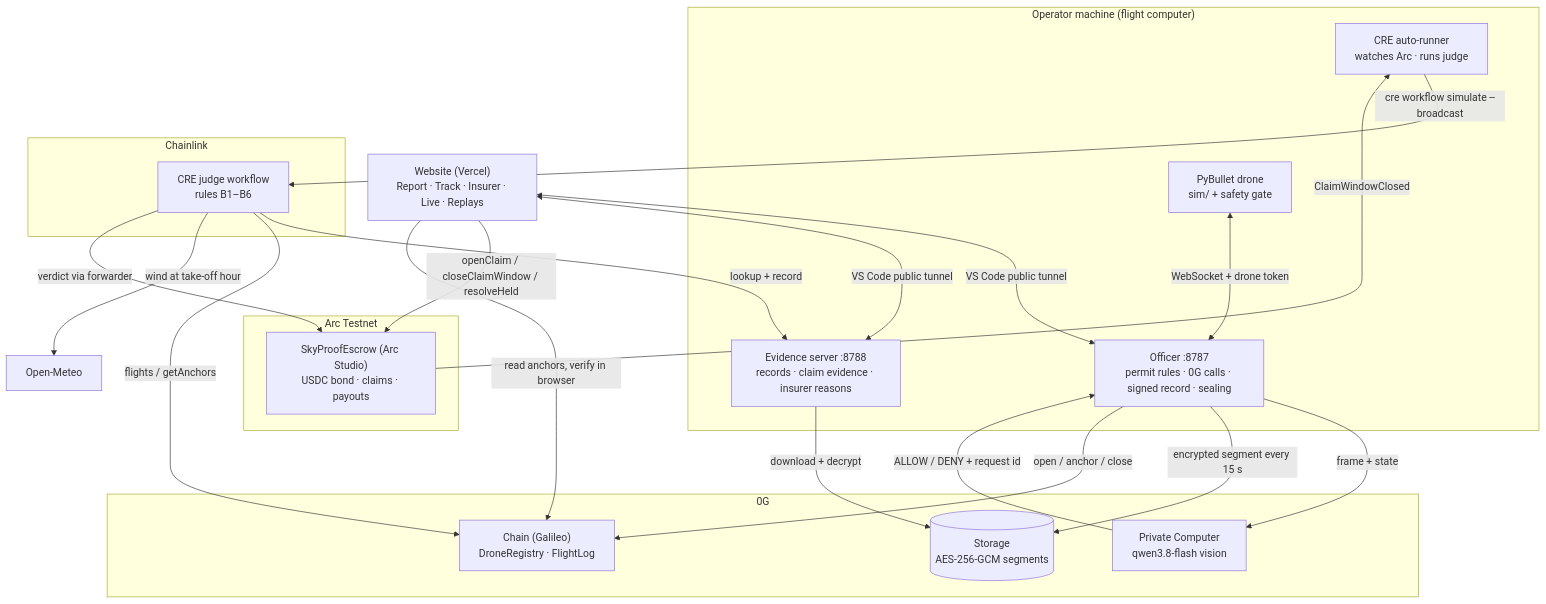
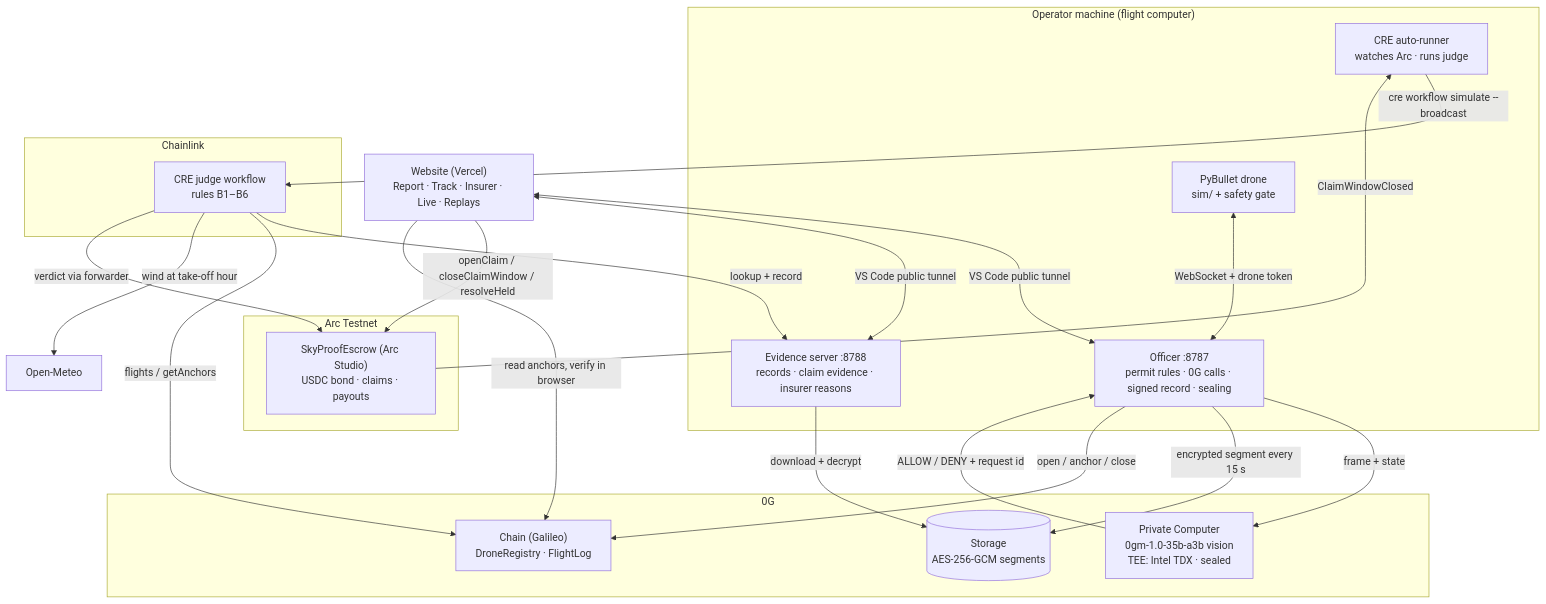
The first of 3 diagrams in docs/Architecture.md (mithileshofficial06/skyproof), drawn with Mermaid before and after one commit. The commit also changed other lines of this file and 39 other files, not shown here.

First line of the commit message:
0G TEE: decisions on a TEE-attested model (Intel TDX, dstack) over a sealed channel

````diff
--- a/docs/Architecture.md
+++ b/docs/Architecture.md
@@ -7,39 +7,39 @@
 ```mermaid
 flowchart TB
   subgraph Laptop["Operator machine (flight computer)"]
     SIM["PyBullet drone<br/>sim/ + safety gate"]
     OFF["Officer :8787<br/>permit rules · 0G calls · signed record · sealing"]
     EV["Evidence server :8788<br/>records · claim evidence · insurer reasons"]
     RUN["CRE auto-runner<br/>watches Arc · runs judge"]
   end
   subgraph ZG["0G"]
-    PC["Private Computer<br/>qwen3.8-flash vision"]
+    PC["Private Computer<br/>0gm-1.0-35b-a3b vision<br/>TEE: Intel TDX · sealed"]
     ST[("Storage<br/>AES-256-GCM segments")]
     CH["Chain (Galileo)<br/>DroneRegistry · FlightLog"]
   end
   subgraph CL["Chainlink"]
     CRE["CRE judge workflow<br/>rules B1–B6"]
   end
   subgraph ARC["Arc Testnet"]
     ESC["SkyProofEscrow (Arc Studio)<br/>USDC bond · claims · payouts"]
   end
   WEB["Website (Vercel)<br/>Report · Track · Insurer · Live · Replays"]
   OM["Open-Meteo"]
 
   SIM <-->|WebSocket + drone token| OFF
   OFF -->|frame + state| PC
   PC -->|ALLOW / DENY + request id| OFF
   OFF -->|encrypted segment every 15 s| ST
   OFF -->|open / anchor / close| CH
   WEB <-->|VS Code public tunnel| OFF
   WEB <-->|VS Code public tunnel| EV
   WEB -->|openClaim / closeClaimWindow / resolveHeld| ESC
   WEB -->|read anchors, verify in browser| CH
   ESC -->|ClaimWindowClosed| RUN
   RUN -->|cre workflow simulate --broadcast| CRE
   CRE -->|lookup + record| EV
   EV -->|download + decrypt| ST
   CRE -->|flights / getAnchors| CH
   CRE -->|wind at take-off hour| OM
   CRE -->|verdict via forwarder| ESC
 ```
````
